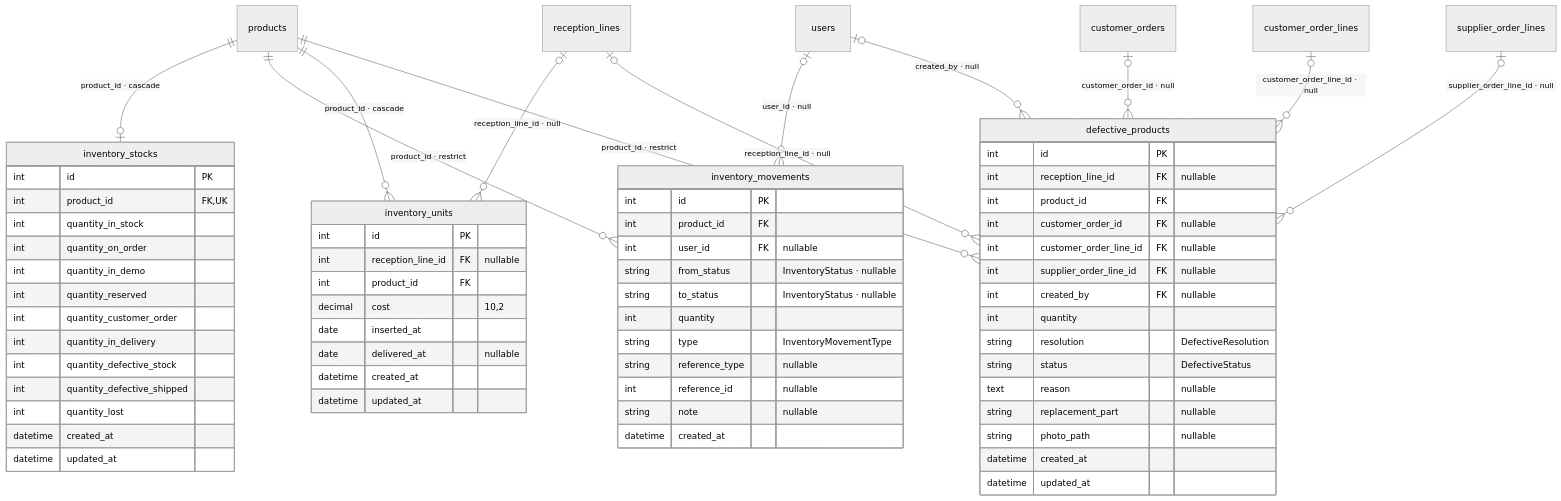
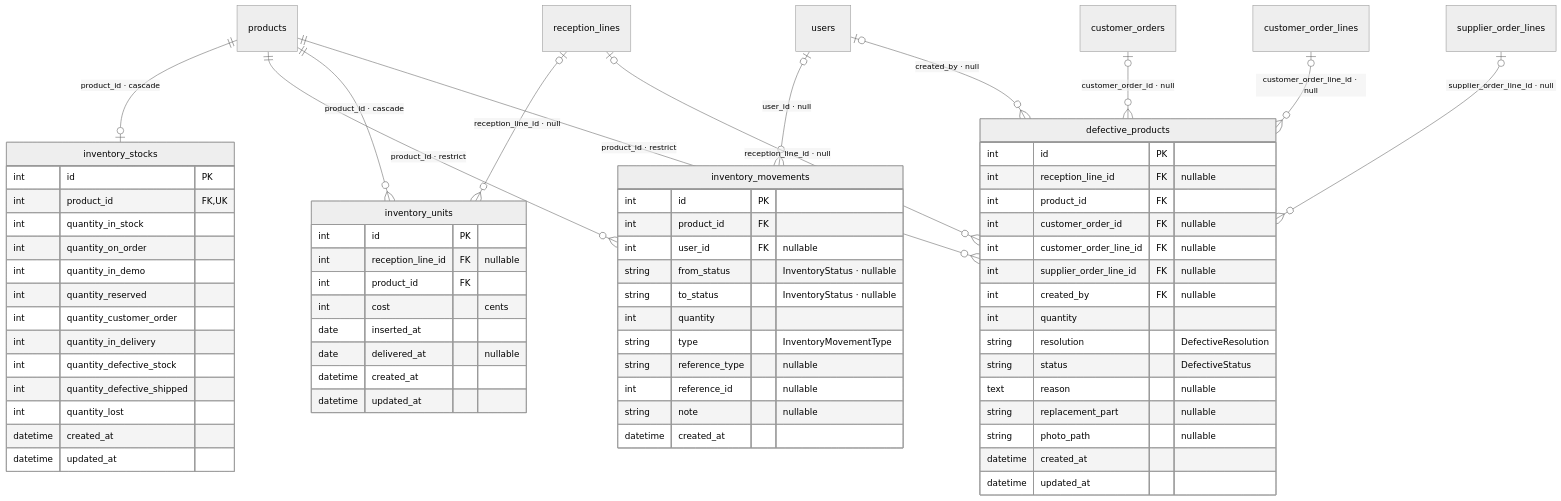
The fourth of 8 diagrams in dkor/docs/data-model.md (sebastienmarley/dkorpos), drawn with Mermaid (neutral theme) before and after one commit. The commit also changed other lines of this file and 9 other files, not shown here.

````diff
--- a/dkor/docs/data-model.md
+++ b/dkor/docs/data-model.md
@@ -447,69 +448,69 @@
 ```mermaid
 erDiagram
     products ||--o| inventory_stocks : "product_id · cascade"
     products ||--o{ inventory_movements : "product_id · restrict"
     users |o--o{ inventory_movements : "user_id · null"
     reception_lines |o--o{ inventory_units : "reception_line_id · null"
     products ||--o{ inventory_units : "product_id · cascade"
     reception_lines |o--o{ defective_products : "reception_line_id · null"
     products ||--o{ defective_products : "product_id · restrict"
     customer_orders |o--o{ defective_products : "customer_order_id · null"
     customer_order_lines |o--o{ defective_products : "customer_order_line_id · null"
     supplier_order_lines |o--o{ defective_products : "supplier_order_line_id · null"
     users |o--o{ defective_products : "created_by · null"
     inventory_stocks {
         int id PK
         int product_id FK, UK
         int quantity_in_stock
         int quantity_on_order
         int quantity_in_demo
         int quantity_reserved
         int quantity_customer_order
         int quantity_in_delivery
         int quantity_defective_stock
         int quantity_defective_shipped
         int quantity_lost
         datetime created_at
         datetime updated_at
     }
     inventory_movements {
         int id PK
         int product_id FK
         int user_id FK "nullable"
         string from_status "InventoryStatus · nullable"
         string to_status "InventoryStatus · nullable"
         int quantity
         string type "InventoryMovementType"
         string reference_type "nullable"
         int reference_id "nullable"
         string note "nullable"
         datetime created_at
     }
     inventory_units {
         int id PK
         int reception_line_id FK "nullable"
         int product_id FK
-        decimal cost "10,2"
+        int cost "cents"
         date inserted_at
         date delivered_at "nullable"
         datetime created_at
         datetime updated_at
     }
     defective_products {
         int id PK
         int reception_line_id FK "nullable"
         int product_id FK
         int customer_order_id FK "nullable"
         int customer_order_line_id FK "nullable"
         int supplier_order_line_id FK "nullable"
         int created_by FK "nullable"
         int quantity
         string resolution "DefectiveResolution"
         string status "DefectiveStatus"
         text reason "nullable"
         string replacement_part "nullable"
         string photo_path "nullable"
         datetime created_at
         datetime updated_at
     }
 ```
````
